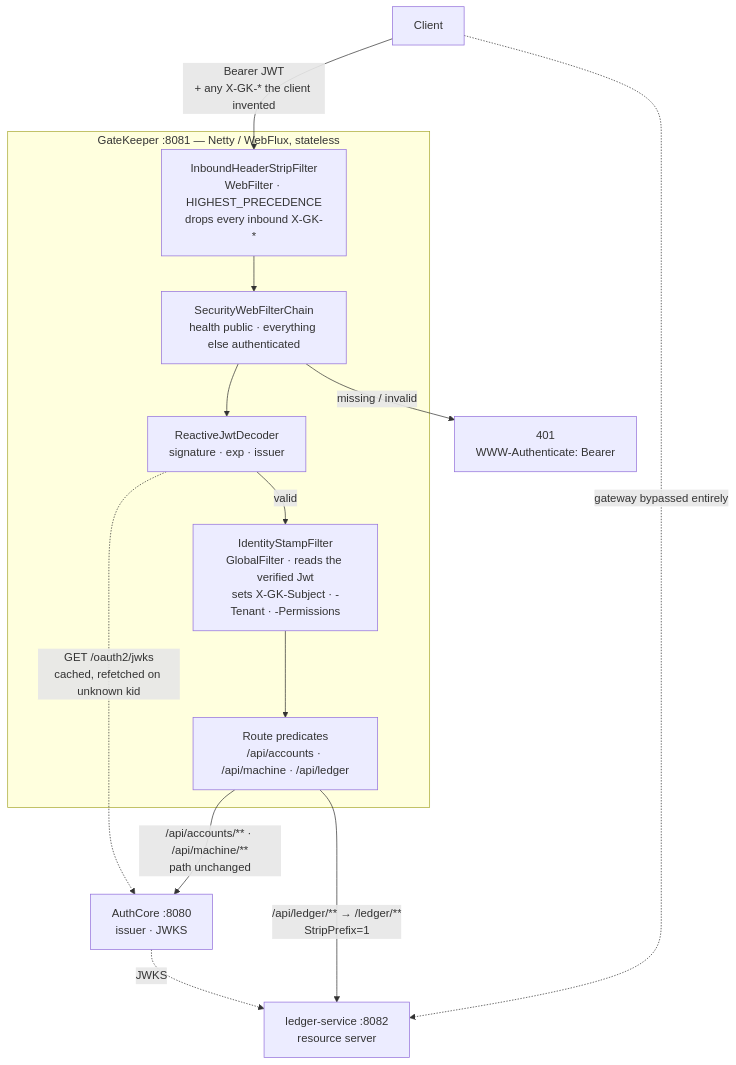
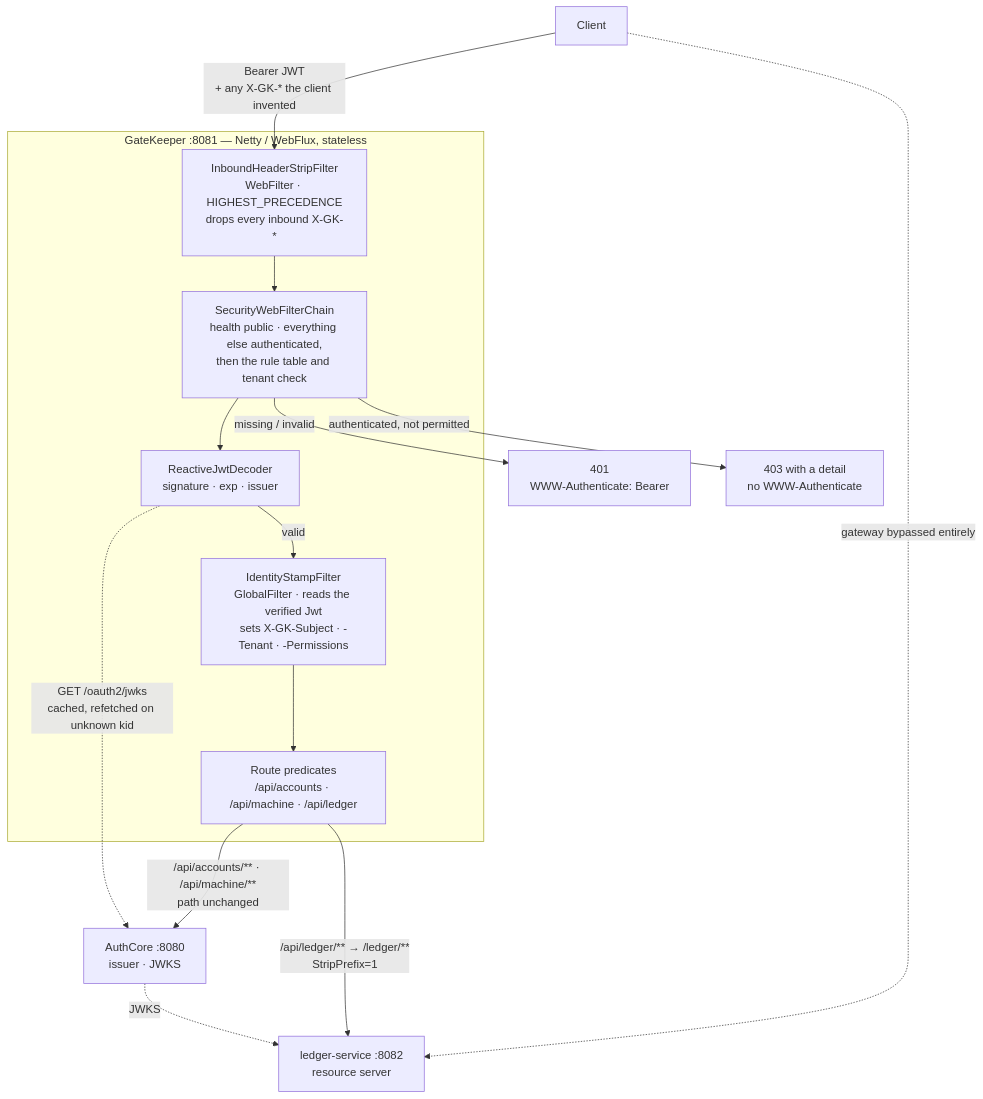
Before and after one commit to ezat141/gatekeeper: the diagram in README.md, drawn with Mermaid. The commit also changed other lines of this file and 4 other files, not shown here.

````diff
--- a/README.md
+++ b/README.md
@@ -109,29 +113,30 @@
 ```mermaid
 graph TB
     C["Client"]
 
     subgraph GK["GateKeeper :8081 — Netty / WebFlux, stateless"]
         STRIP["InboundHeaderStripFilter<br/>WebFilter · HIGHEST_PRECEDENCE<br/>drops every inbound X-GK-*"]
-        SEC["SecurityWebFilterChain<br/>health public · everything else authenticated"]
+        SEC["SecurityWebFilterChain<br/>health public · everything else authenticated,<br/>then the rule table and tenant check"]
         DEC["ReactiveJwtDecoder<br/>signature · exp · issuer"]
         STAMP["IdentityStampFilter<br/>GlobalFilter · reads the verified Jwt<br/>sets X-GK-Subject · -Tenant · -Permissions"]
         ROUTE["Route predicates<br/>/api/accounts · /api/machine · /api/ledger"]
     end
 
     A["AuthCore :8080<br/>issuer · JWKS"]
     L["ledger-service :8082<br/>resource server"]
 
     C -->|"Bearer JWT<br/>+ any X-GK-* the client invented"| STRIP
     STRIP --> SEC
     SEC --> DEC
     DEC -.->|"GET /oauth2/jwks<br/>cached, refetched on unknown kid"| A
     DEC -->|"valid"| STAMP
     STAMP --> ROUTE
     SEC -->|"missing / invalid"| R401["401<br/>WWW-Authenticate: Bearer"]
+    SEC -->|"authenticated, not permitted"| R403["403 with a detail<br/>no WWW-Authenticate"]
 
     ROUTE -->|"/api/accounts/** · /api/machine/**<br/>path unchanged"| A
     ROUTE -->|"/api/ledger/** → /ledger/**<br/>StripPrefix=1"| L
 
     C -.->|"gateway bypassed entirely"| L
     A -. "JWKS" .-> L
 ```
````
